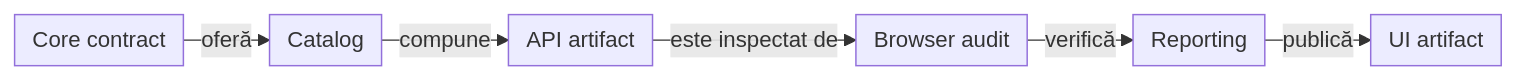
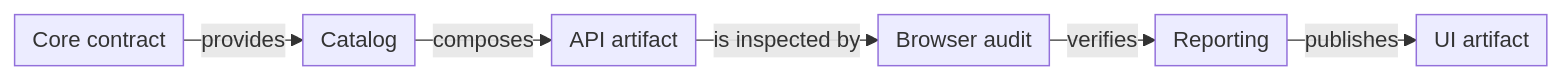
One commit to crististefanita/atf_j1 changed the third of 12 diagrams in docs/ATF_Architecture.md. Above: the diagram before and after it, drawn with Mermaid. The commit also changed other lines of this file and 83 other files, not shown here.

````diff
--- a/docs/ATF_Architecture.md
+++ b/docs/ATF_Architecture.md
@@ -153,9 +155,9 @@
 ```mermaid
 %%{init: {"themeVariables":{"fontSize":"15px"},"themeCSS":".nodeLabel, .nodeLabel p { font-size: 15px !important; line-height: 1.35 !important; } .edgeLabel, .edgeLabel p { font-size: 12px !important; font-weight: 400 !important; line-height: 1.2 !important; } .edgeLabel .labelBkg, .edgeLabel p { background: transparent !important; } .edgeLabel foreignObject { transform: translateY(-18px); overflow: visible; } .node rect { rx: 6px; ry: 6px; }","flowchart":{"curve":"linear","nodeSpacing":24,"rankSpacing":24,"padding":6,"diagramPadding":20}}}%%
 flowchart LR
-    Core["Core contract"] -->|oferă| Catalog["Catalog"]
-    Catalog -->|compune| ApiArtifact["API artifact"]
-    ApiArtifact -->|este inspectat de| Browser["Browser audit"]
-    Browser -->|verifică| Reporting["Reporting"]
-    Reporting -->|publică| UiArtifact["UI artifact"]
+    Core["Core contract"] -->|provides| Catalog["Catalog"]
+    Catalog -->|composes| ApiArtifact["API artifact"]
+    ApiArtifact -->|is inspected by| Browser["Browser audit"]
+    Browser -->|verifies| Reporting["Reporting"]
+    Reporting -->|publishes| UiArtifact["UI artifact"]
 ```
````
